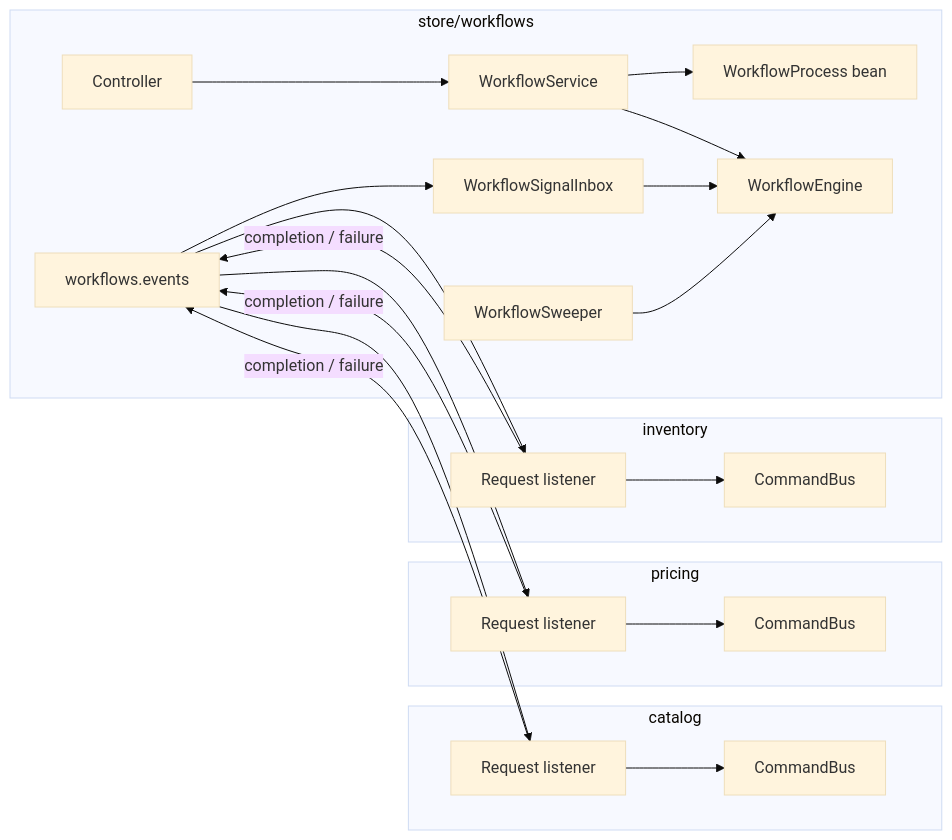
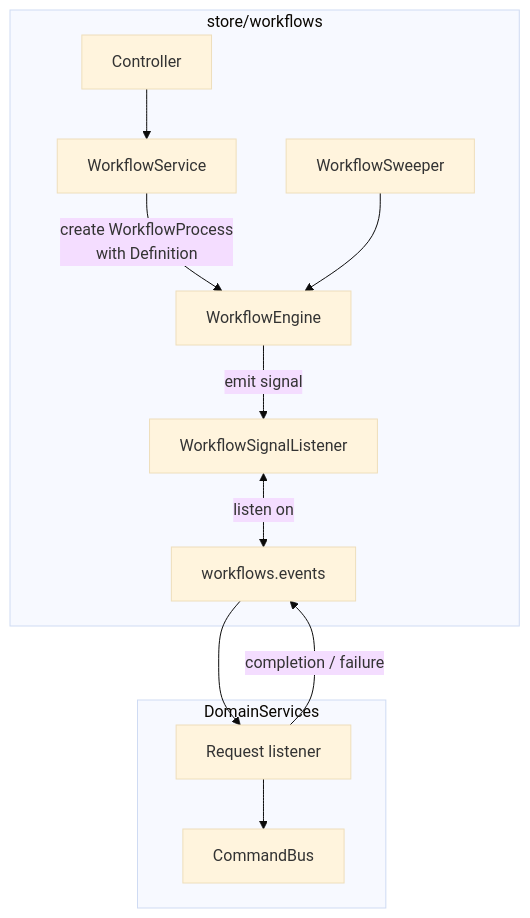
One commit to khinemyaezin/grab changed the third of 9 diagrams in docs/system/ADR_007-Workflow_framework_internal_design.md. Above: the diagram before and after it, drawn with Mermaid (base theme). The commit also changed 139 other files, not shown here.

Commit message:
feat: enhance inventory management by adding variantId to CreateInventoryCommand and RequestCreateInventoryItemEvent

````diff
--- a/docs/system/ADR_007-Workflow_framework_internal_design.md
+++ b/docs/system/ADR_007-Workflow_framework_internal_design.md
@@ -273,42 +273,23 @@
 ```mermaid
-flowchart LR
+flowchart TB
     subgraph WorkflowsApp["store/workflows"]
         API["Controller"]
         Svc["WorkflowService"]
-        WP["WorkflowProcess bean"]
-        Inbox["WorkflowSignalInbox"]
+        EventListener["WorkflowSignalListener"]
         Sweep["WorkflowSweeper"]
         Events["workflows.events"]
-        API --> Svc
-        Svc --> WP
-        Svc --> EngineTx["WorkflowEngine"]
-        Inbox --> EngineTx
-        Sweep --> EngineTx
+        EngineTx["WorkflowEngine"]
     end
-
-    subgraph Catalog["catalog"]
-        CatL["Request listener"]
-        CatCmd["CommandBus"]
-        CatL --> CatCmd
-    end
-
-    subgraph Pricing["pricing"]
-        PriceL["Request listener"]
-        PriceCmd["CommandBus"]
-        PriceL --> PriceCmd
-    end
-
-    subgraph Inventory["inventory"]
+    subgraph Inventory["DomainServices"]
         InvL["Request listener"]
         InvCmd["CommandBus"]
-        InvL --> InvCmd
     end
-
-    Events --> CatL
-    Events --> PriceL
+    API --> Svc
+    Svc -- create WorkflowProcess \n with Definition --> EngineTx
+    EventListener <-- listen on --> Events
+    Sweep --> EngineTx
+    InvL --> InvCmd
     Events --> InvL
-    CatL -->|"completion / failure"| Events
-    PriceL -->|"completion / failure"| Events
-    InvL -->|"completion / failure"| Events
-    Events --> Inbox
+    InvL -- completion / failure --> Events
+    EngineTx -- emit signal --> EventListener
 ```
````
